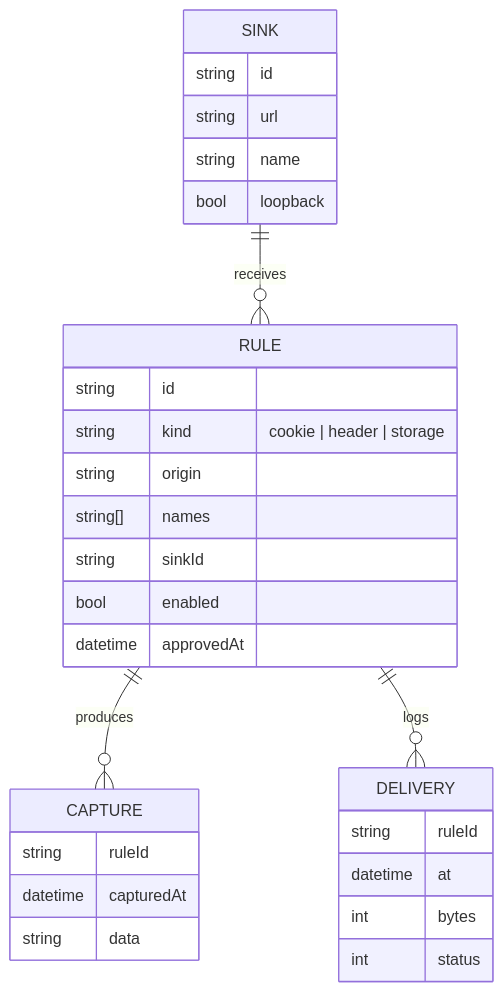
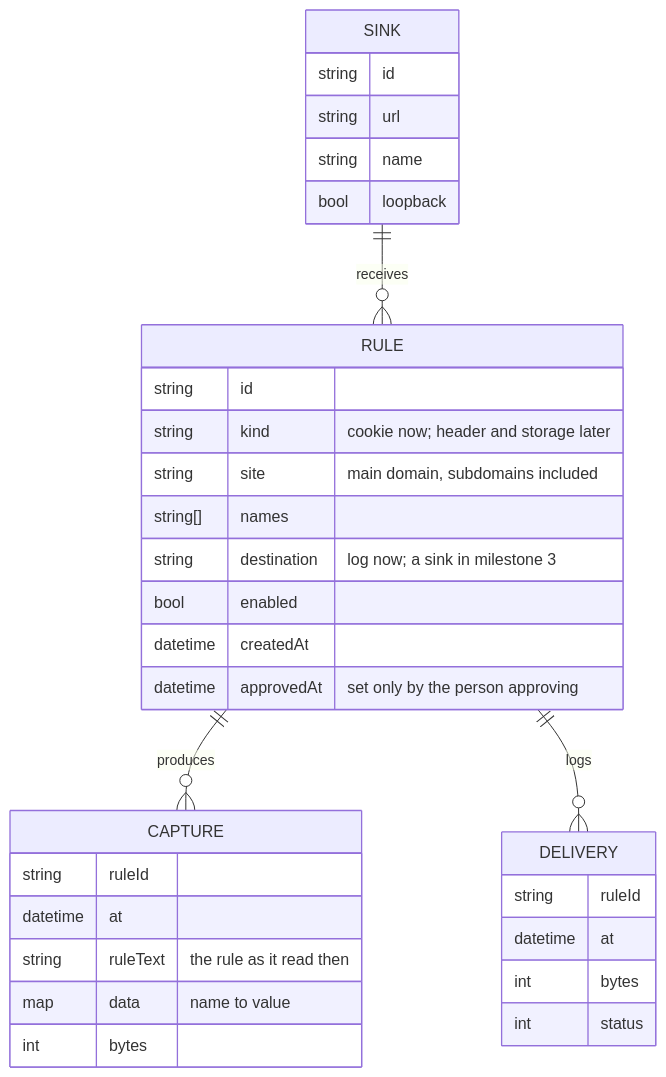
One commit to BlackCanyonSoftware/conduit_extension_BCS changed the third of 4 diagrams in docs/ARCHITECTURE.md. Above: the diagram before and after it, drawn with Mermaid. The commit also changed other lines of this file and 7 other files, not shown here.

````diff
--- a/docs/ARCHITECTURE.md
+++ b/docs/ARCHITECTURE.md
@@ -70,32 +72,35 @@
 ```mermaid
 erDiagram
   RULE ||--o{ CAPTURE : produces
   SINK ||--o{ RULE : receives
   RULE ||--o{ DELIVERY : logs
   RULE {
     string id
-    string kind "cookie | header | storage"
-    string origin
+    string kind "cookie now; header and storage later"
+    string site "main domain, subdomains included"
     string[] names
-    string sinkId
+    string destination "log now; a sink in milestone 3"
     bool enabled
-    datetime approvedAt
+    datetime createdAt
+    datetime approvedAt "set only by the person approving"
   }
   SINK {
     string id
     string url
     string name
     bool loopback
   }
   CAPTURE {
     string ruleId
-    datetime capturedAt
-    string data
+    datetime at
+    string ruleText "the rule as it read then"
+    map data "name to value"
+    int bytes
   }
   DELIVERY {
     string ruleId
     datetime at
     int bytes
     int status
   }
 ```
````
